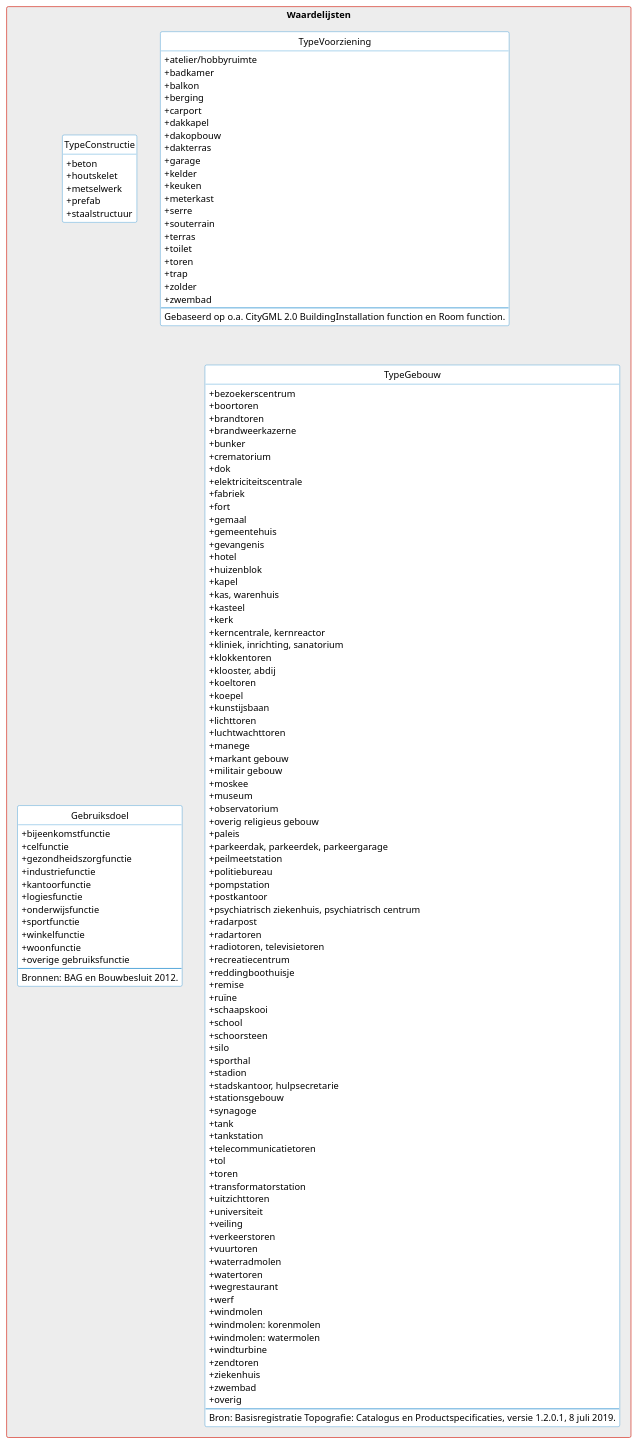
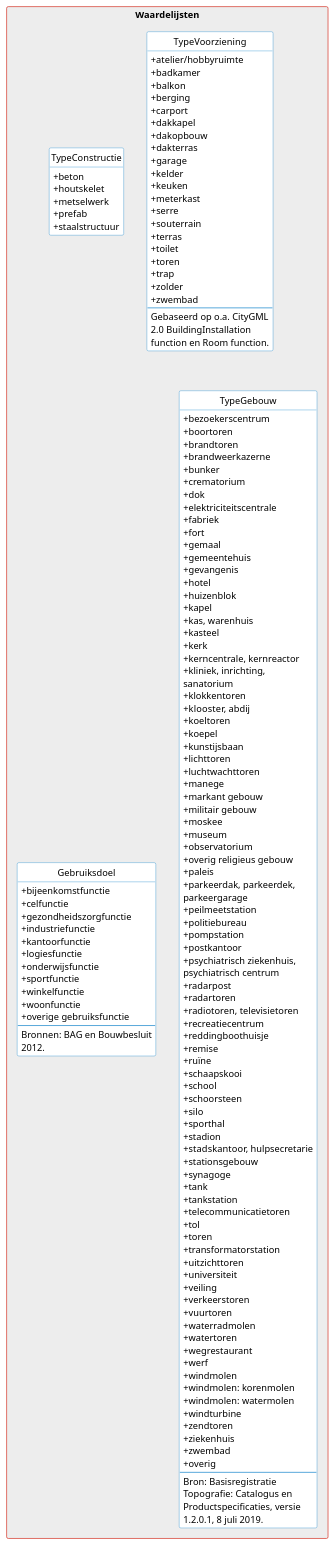
Before and after one commit to geobasisregistraties/werkgroep-bouwwerken: the diagram in model/waardelijsten.puml, drawn with PlantUML.

```diff
--- a/model/waardelijsten.puml
+++ b/model/waardelijsten.puml
@@ -29,7 +29,7 @@
 ' skinparam linetype polyline
 ' --------^-^-^-^-^-^-^-^--------
 
-' skinparam WrapWidth 200
+skinparam WrapWidth 200
 
 skinparam Shadowing false
 
```
